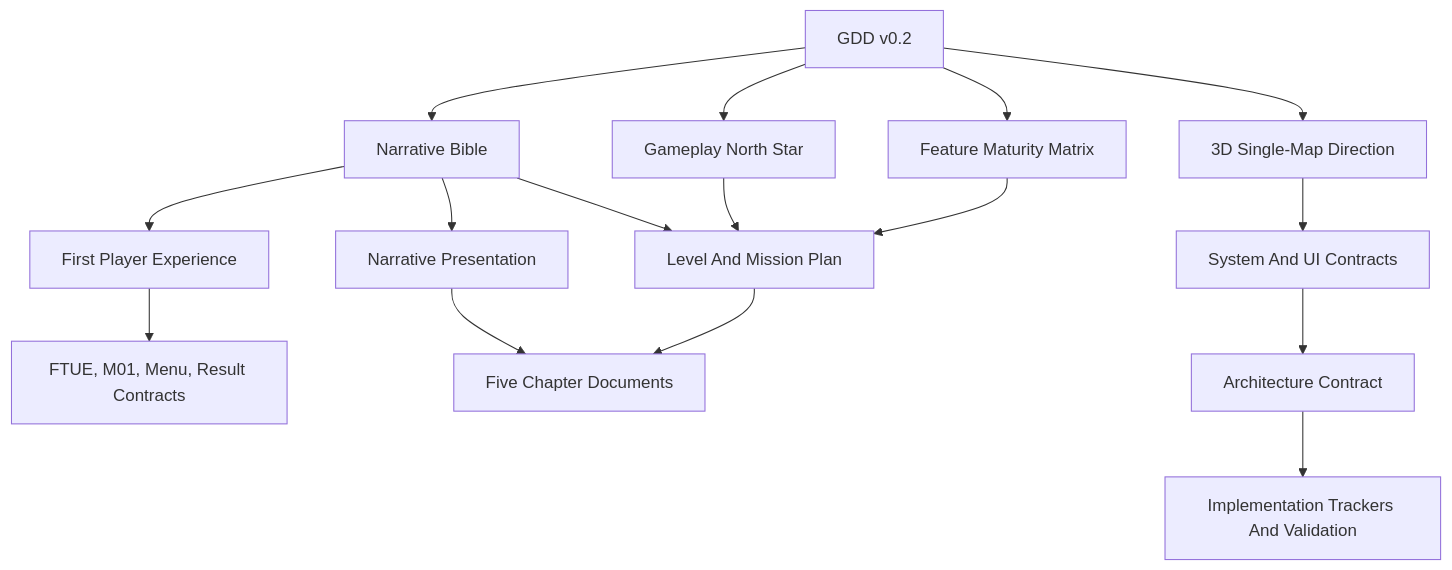
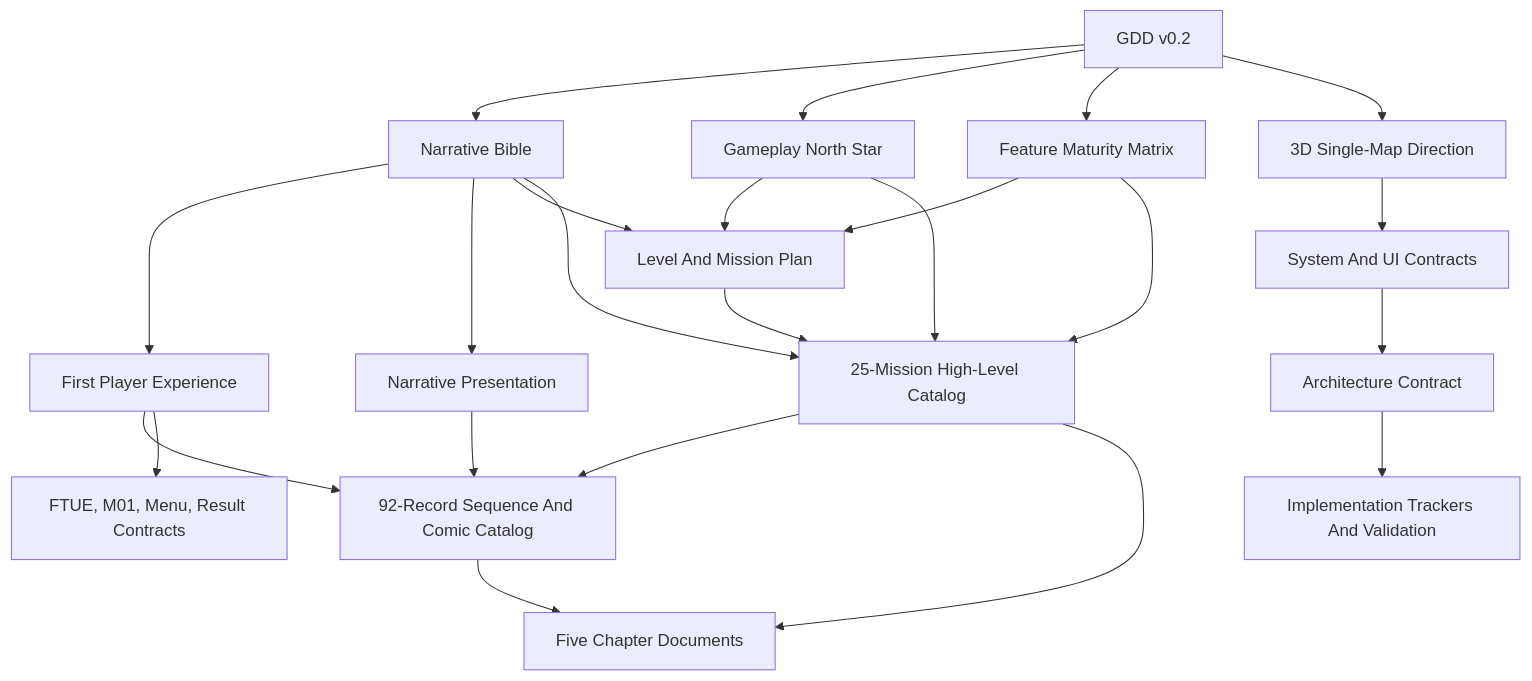
Before and after one commit to farhad2na2/WarlineCapture: the diagram in Design/README.md, drawn with Mermaid. The commit also changed other lines of this file and 17 other files, not shown here.

````diff
--- a/Design/README.md
+++ b/Design/README.md
@@ -62,18 +86,25 @@
 ```mermaid
 flowchart TD
     GDD["GDD v0.2"] --> Bible["Narrative Bible"]
     GDD --> North["Gameplay North Star"]
     GDD --> Matrix["Feature Maturity Matrix"]
     Bible --> FPE["First Player Experience"]
     Bible --> Narrative["Narrative Presentation"]
-    Bible --> Missions["Level And Mission Plan"]
-    North --> Missions
-    Matrix --> Missions
+    Bible --> Template["Level And Mission Plan"]
+    North --> Template
+    Matrix --> Template
+    Bible --> MissionCatalog["25-Mission High-Level Catalog"]
+    North --> MissionCatalog
+    Matrix --> MissionCatalog
+    Template --> MissionCatalog
+    FPE --> SequenceCatalog["92-Record Sequence And Comic Catalog"]
+    Narrative --> SequenceCatalog
+    MissionCatalog --> SequenceCatalog
     FPE --> M01["FTUE, M01, Menu, Result Contracts"]
-    Narrative --> Chapters["Five Chapter Documents"]
-    Missions --> Chapters
+    MissionCatalog --> Chapters["Five Chapter Documents"]
+    SequenceCatalog --> Chapters
     GDD --> Map["3D Single-Map Direction"]
     Map --> Systems["System And UI Contracts"]
     Systems --> Architecture["Architecture Contract"]
     Architecture --> Trackers["Implementation Trackers And Validation"]
 ```
````
